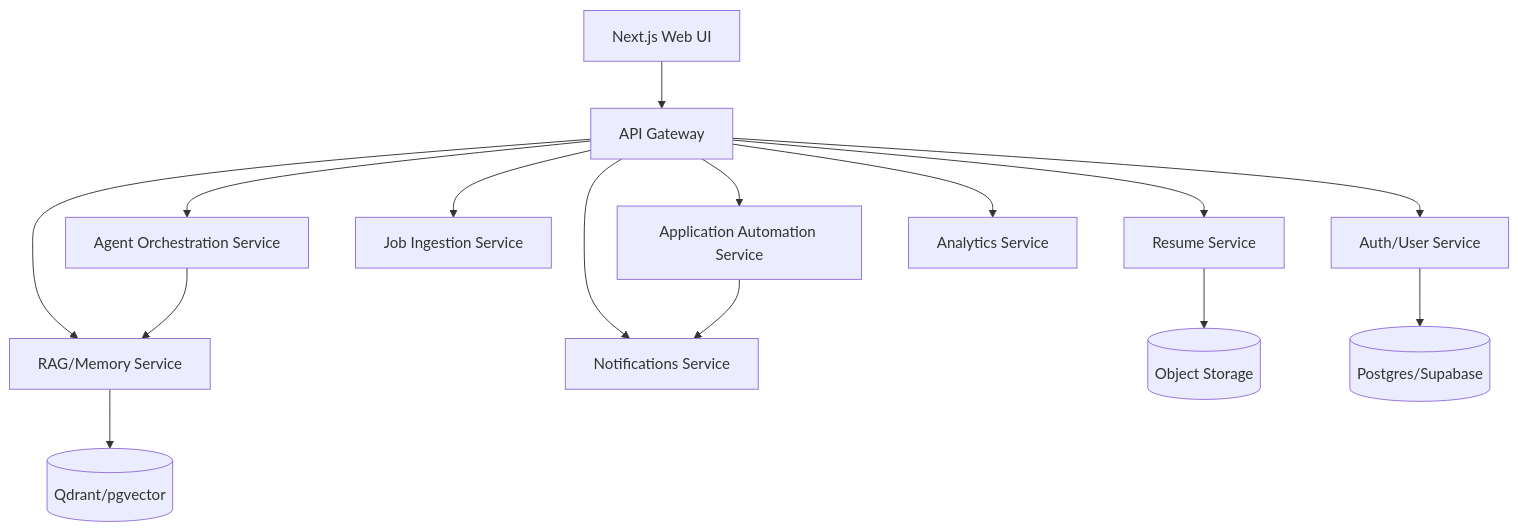
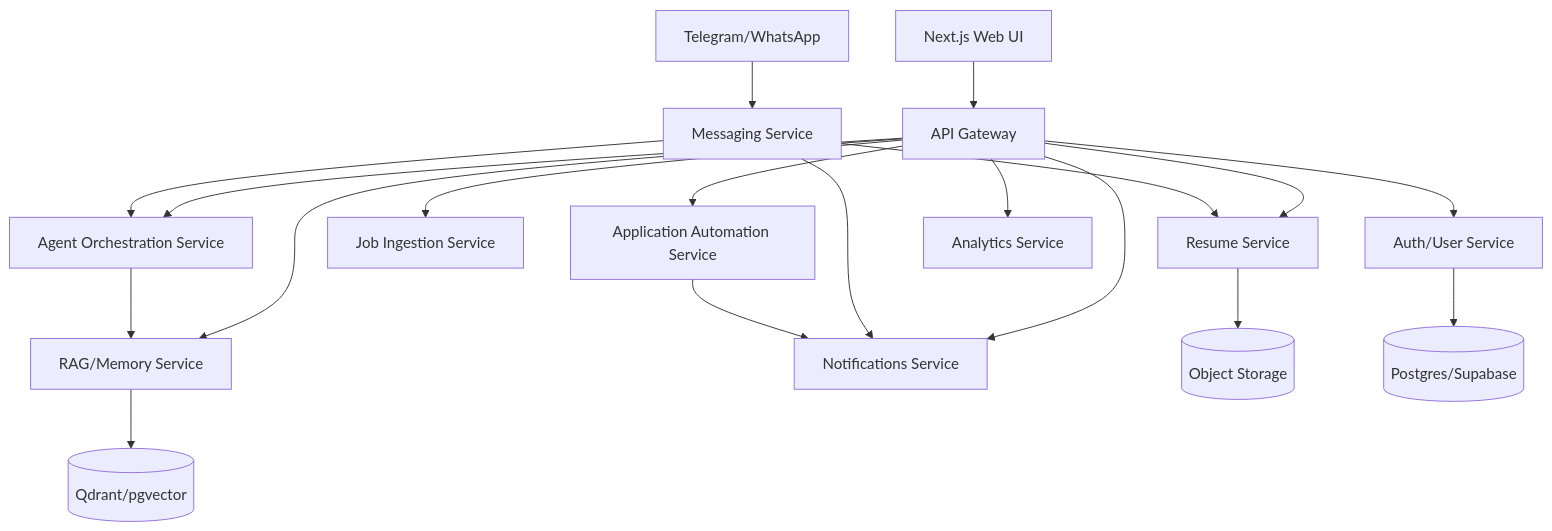
One commit to krishnagajera45/Job-Auto-pilot changed the diagram in docs/architecture.md. Above: the diagram before and after it, drawn with Mermaid. The commit also changed other lines of this file and 32 other files, not shown here.

First line of the commit message:
Implement OpenClaw messaging and rendering flow

````diff
--- a/docs/architecture.md
+++ b/docs/architecture.md
@@ -4,17 +4,21 @@
 ```mermaid
 graph TD
   UI[Next.js Web UI] --> GW[API Gateway]
+  TG[Telegram/WhatsApp] --> MSG[Messaging Service]
   GW --> AUTH[Auth/User Service]
   GW --> RESUME[Resume Service]
   GW --> JOBS[Job Ingestion Service]
   GW --> AGENT[Agent Orchestration Service]
   GW --> RAG[RAG/Memory Service]
   GW --> AUTO[Application Automation Service]
   GW --> NOTIFY[Notifications Service]
   GW --> ANALYTICS[Analytics Service]
+  MSG --> AGENT
+  MSG --> RESUME
+  MSG --> NOTIFY
   AGENT --> RAG
   AUTO --> NOTIFY
   RESUME --> STORAGE[(Object Storage)]
   AUTH --> DB[(Postgres/Supabase)]
   RAG --> VDB[(Qdrant/pgvector)]
 ```
````
